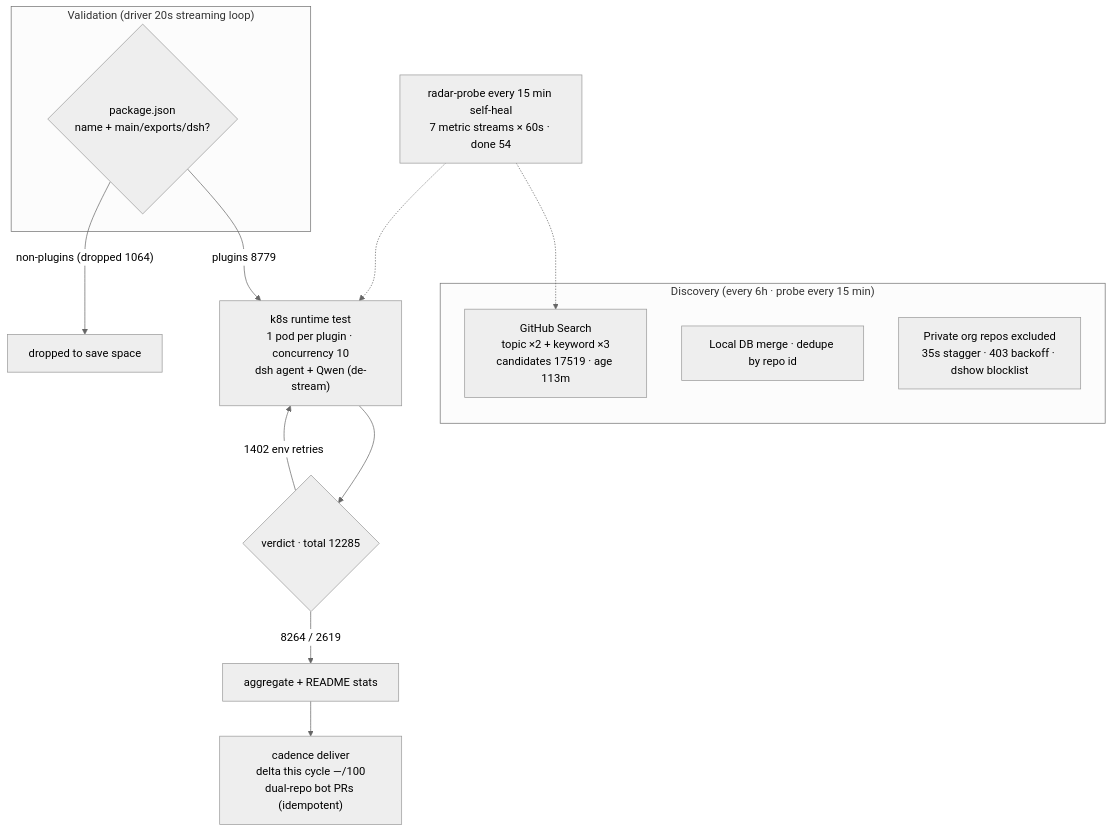
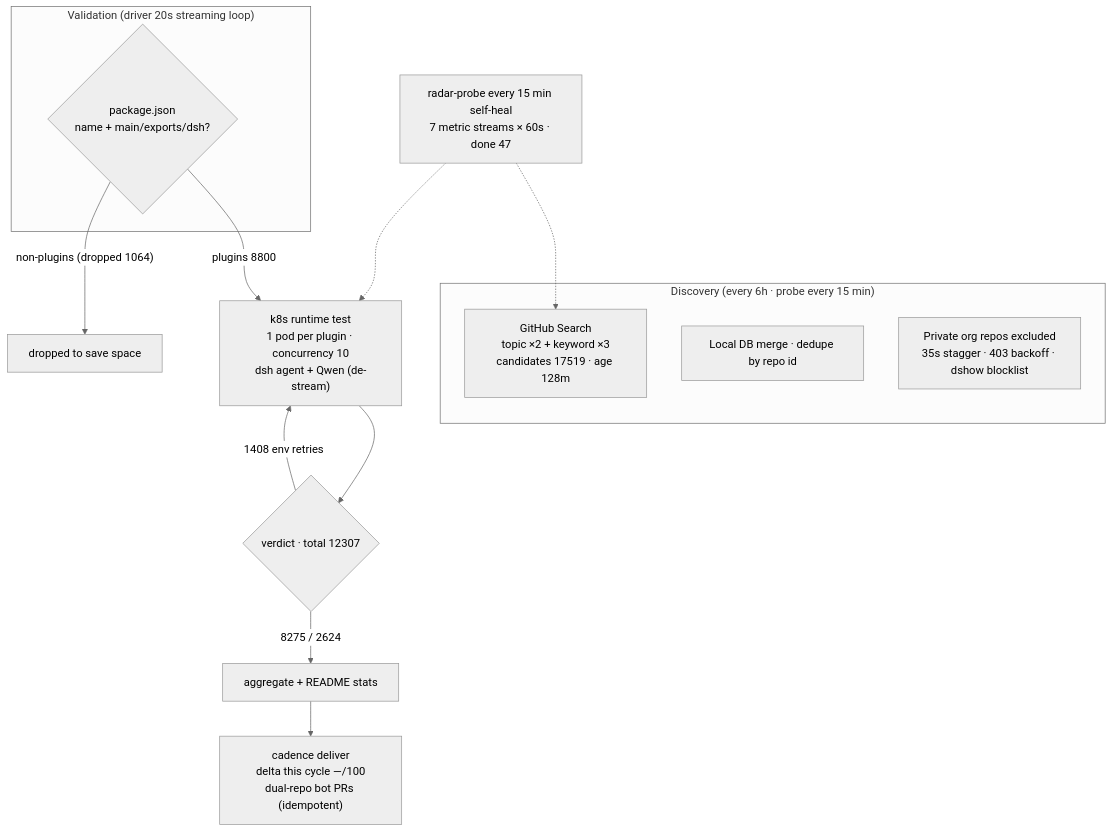
Before and after one commit to AdamPlatin123/awesome-dsh-plugins: the diagram in README.en-US.md, drawn with Mermaid (neutral theme). The commit also changed other lines of this file and 5 other files, not shown here.

````diff
--- a/README.en-US.md
+++ b/README.en-US.md
@@ -45,20 +45,20 @@
 ```mermaid
 flowchart TB
     subgraph Discovery["Discovery (every 6h · probe every 15 min)"]
-        A1["GitHub Search<br/>topic ×2 + keyword ×3<br/>candidates 17519 · age 113m"]
+        A1["GitHub Search<br/>topic ×2 + keyword ×3<br/>candidates 17519 · age 128m"]
         A2["Local DB merge · dedupe by repo id"]
         A3["Private org repos excluded<br/>35s stagger · 403 backoff · dshow blocklist"]
     end
     subgraph Validation["Validation (driver 20s streaming loop)"]
         B1{"package.json<br/>name + main/exports/dsh?"}
     end
-    B1 -->|"plugins 8779"| C1["k8s runtime test<br/>1 pod per plugin · concurrency 10<br/>dsh agent + Qwen (de-stream)"]
+    B1 -->|"plugins 8800"| C1["k8s runtime test<br/>1 pod per plugin · concurrency 10<br/>dsh agent + Qwen (de-stream)"]
     B1 -->|"non-plugins (dropped 1064)"| B3["dropped to save space"]
-    C1 --> D1{"verdict · total 12285"}
-    D1 -->|"8264 / 2619"| E1["aggregate + README stats"]
-    D1 -->|"1402 env retries"| C1
+    C1 --> D1{"verdict · total 12307"}
+    D1 -->|"8275 / 2624"| E1["aggregate + README stats"]
+    D1 -->|"1408 env retries"| C1
     E1 --> E2["cadence deliver<br/>delta this cycle —/100<br/>dual-repo bot PRs (idempotent)"]
-    M["radar-probe every 15 min self-heal<br/>7 metric streams × 60s · done 54"]
+    M["radar-probe every 15 min self-heal<br/>7 metric streams × 60s · done 47"]
     M -.-> A1
     M -.-> C1
 ```
````
